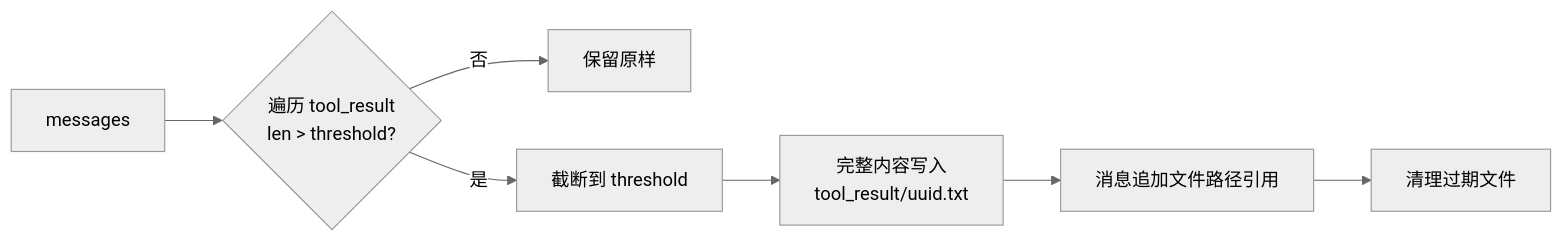
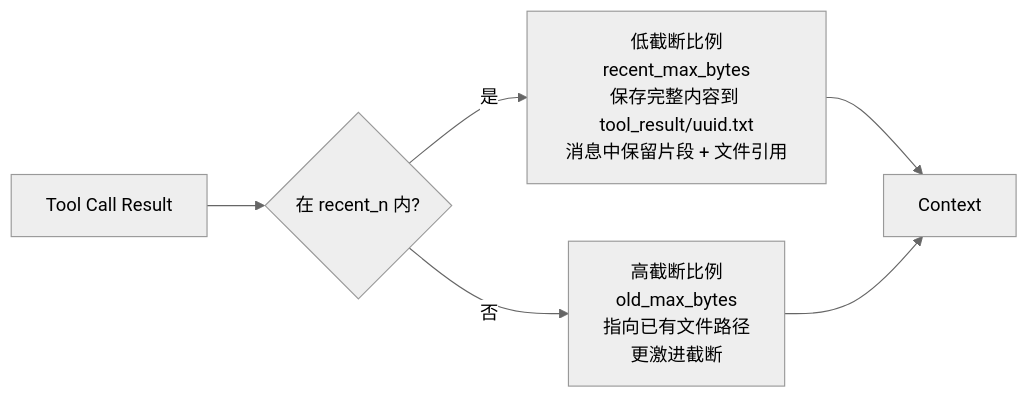
The sixth of 9 diagrams in docs/context.zh.md (cofly-io/xClaw), drawn with Mermaid (neutral theme) before and after one commit. The commit also changed other lines of this file and 226 other files, not shown here.

````diff
--- a/docs/context.zh.md
+++ b/docs/context.zh.md
@@ -111,9 +153,8 @@
 ```mermaid
-graph LR
-    M[messages] --> L{遍历 tool_result<br>len > threshold?}
-    L -->|否| K[保留原样]
-    L -->|是| T[截断到 threshold]
-    T --> S[完整内容写入<br>tool_result/uuid.txt]
-    S --> R[消息追加文件路径引用]
-    R --> C[清理过期文件]
+flowchart LR
+    A[Tool Call Result] --> B{在 recent_n 内?}
+    B -->|是| C[低截断比例<br>recent_max_bytes<br>保存完整内容到 tool_result/uuid.txt<br>消息中保留片段 + 文件引用]
+    B -->|否| D[高截断比例<br>old_max_bytes<br>指向已有文件路径<br>更激进截断]
+    C --> E[Context]
+    D --> E
 ```
````
